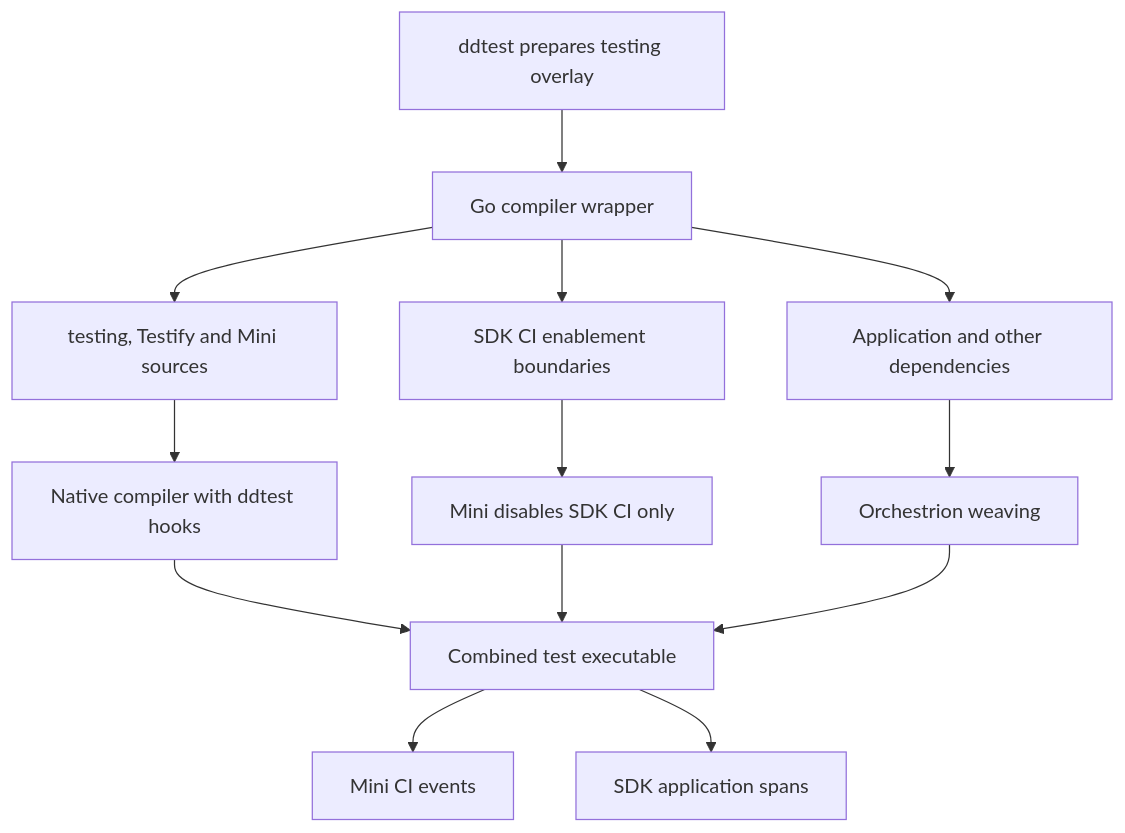
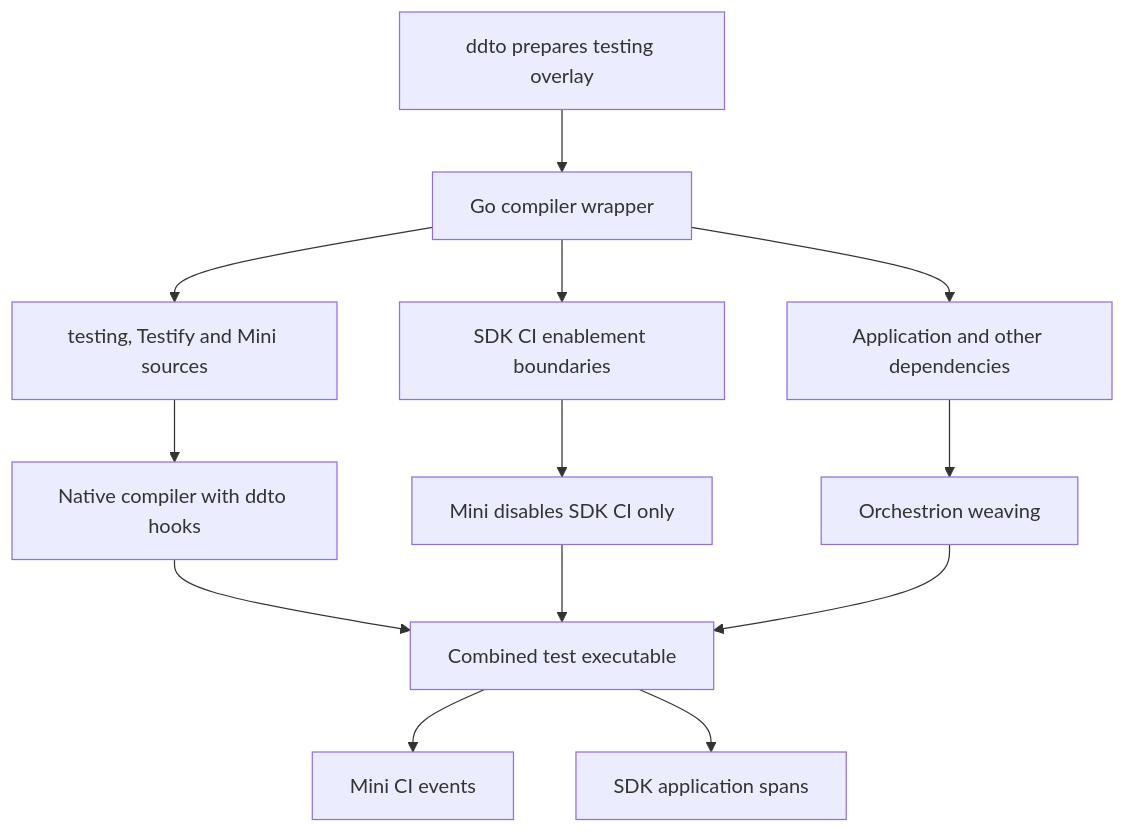
Before and after one commit to DataDog/ddtest: the diagram in ddto/docs/orchestrion.md, drawn with Mermaid. The commit also changed other lines of this file and 76 other files, not shown here.

First line of the commit message:
Rename the CLI from ddtest to ddto (tonyredondo/dd-ci-testing-poc#23)

````diff
--- a/ddto/docs/orchestrion.md
+++ b/ddto/docs/orchestrion.md
@@ -76,15 +76,15 @@
 ```mermaid
 flowchart TD
-    CLI["ddtest prepares testing overlay"] --> Tools["Go compiler wrapper"]
+    CLI["ddto prepares testing overlay"] --> Tools["Go compiler wrapper"]
     Tools --> Owned["testing, Testify and Mini sources"]
-    Owned --> Native["Native compiler with ddtest hooks"]
+    Owned --> Native["Native compiler with ddto hooks"]
     Tools --> SDK["SDK CI enablement boundaries"]
     SDK --> Guard["Mini disables SDK CI only"]
     Tools --> App["Application and other dependencies"]
     App --> Orch["Orchestrion weaving"]
     Native --> Binary["Combined test executable"]
     Guard --> Binary
     Orch --> Binary
     Binary --> CI["Mini CI events"]
     Binary --> APM["SDK application spans"]
 ```
````
